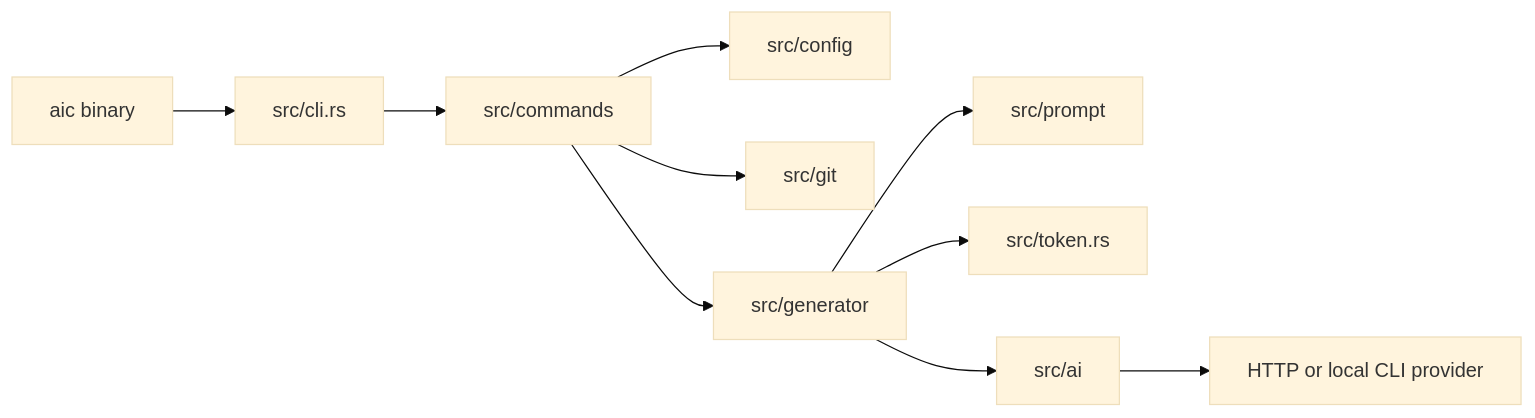
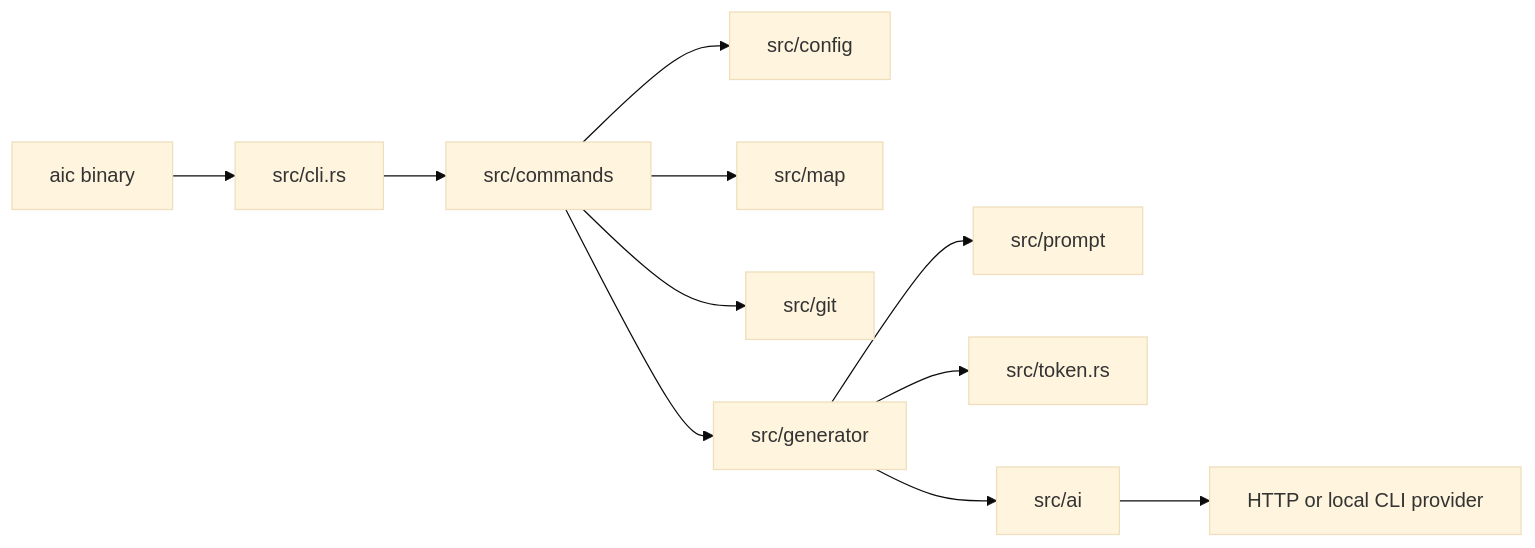
Before and after one commit to russmckendrick/aicommit: the first of 2 diagrams in docs/architecture.md, drawn with Mermaid (base theme). The commit also changed other lines of this file and 3 other files, not shown here.

First line of the commit message:
📝 docs: document map visualizations and history timeline

````diff
--- a/docs/architecture.md
+++ b/docs/architecture.md
@@ -20,12 +21,13 @@
 ```mermaid
 flowchart LR
     Bin["aic binary"] --> Cli["src/cli.rs"]
     Cli --> Commands["src/commands"]
     Commands --> Config["src/config"]
+    Commands --> Map["src/map"]
     Commands --> Git["src/git"]
     Commands --> Generator["src/generator"]
     Generator --> Prompt["src/prompt"]
     Generator --> Token["src/token.rs"]
     Generator --> Ai["src/ai"]
     Ai --> Provider["HTTP or local CLI provider"]
 ```
````
